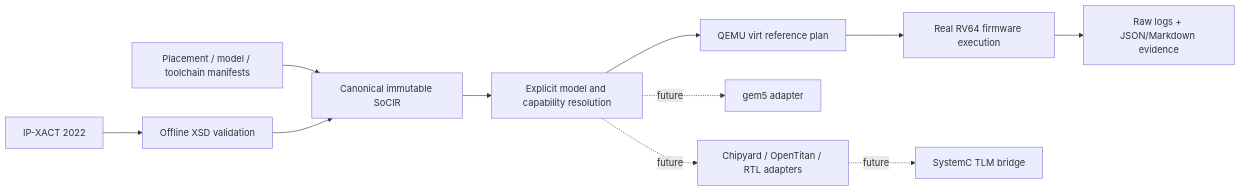
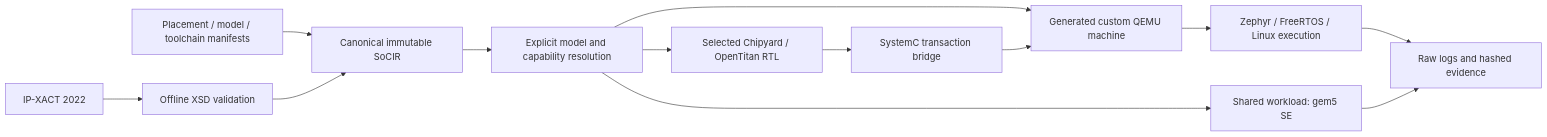
Before and after one commit to Duy-Huan/IP-XACT: the diagram in docs/architecture.md, drawn with Mermaid. The commit also changed other lines of this file and 21 other files, not shown here.

````diff
--- a/docs/architecture.md
+++ b/docs/architecture.md
@@ -3,13 +3,15 @@
 ```mermaid
 flowchart LR
     XML[IP-XACT 2022] --> XSD[Offline XSD validation]
     YAML[Placement / model / toolchain manifests] --> IR[Canonical immutable SoCIR]
     XSD --> IR
     IR --> B[Explicit model and capability resolution]
-    B --> Q[QEMU virt reference plan]
-    Q --> RUN[Real RV64 firmware execution]
-    RUN --> E[Raw logs + JSON/Markdown evidence]
-    B -. future .-> G[gem5 adapter]
-    B -. future .-> R[Chipyard / OpenTitan / RTL adapters]
-    R -. future .-> S[SystemC TLM bridge]
+    B --> Q[Generated custom QEMU machine]
+    Q --> RUN[Zephyr / FreeRTOS / Linux execution]
+    RUN --> E[Raw logs and hashed evidence]
+    B --> G[Shared workload: gem5 SE]
+    G --> E
+    B --> R[Selected Chipyard / OpenTitan RTL]
+    R --> S[SystemC transaction bridge]
+    S --> Q
 ```
````
